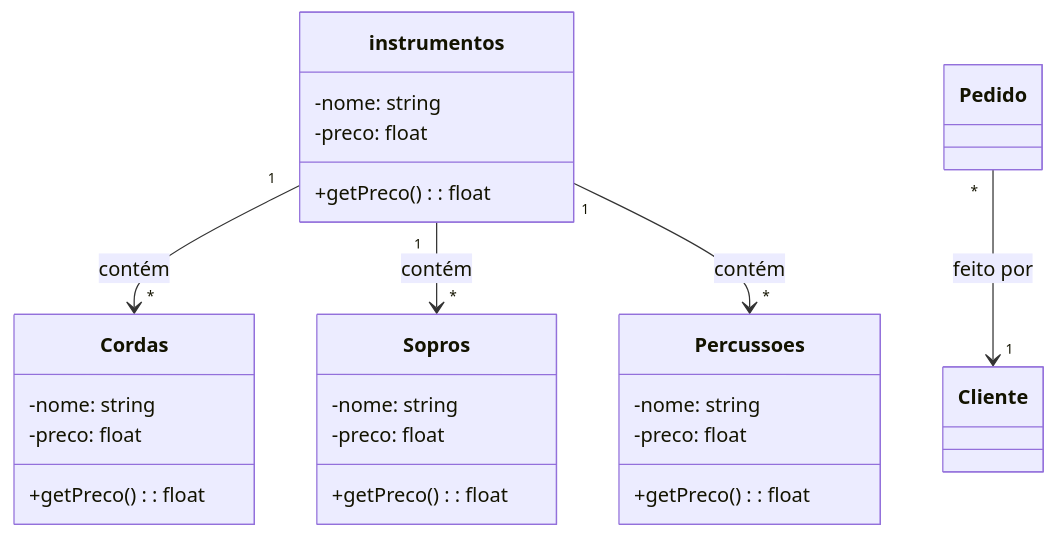
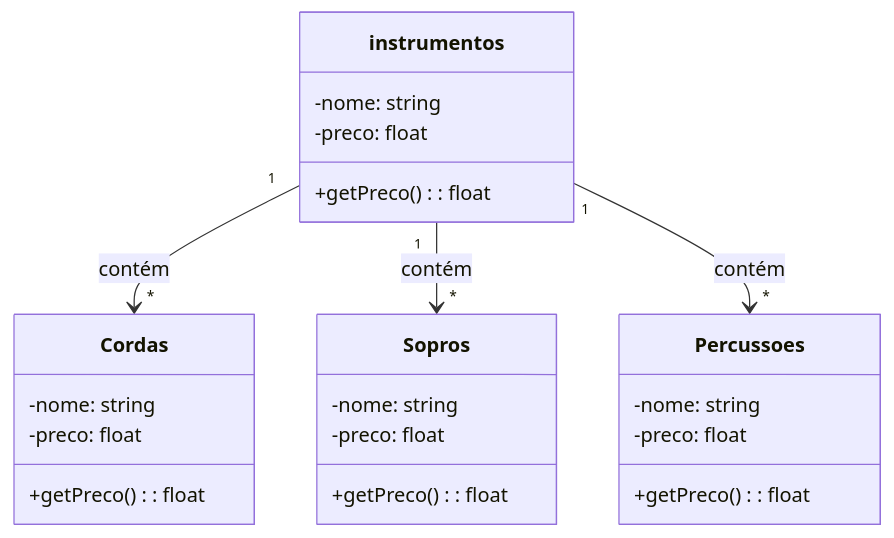
Before and after one commit to LucasGabrielPaes/teste: the diagram in README.md, drawn with Mermaid.

````diff
--- a/README.md
+++ b/README.md
@@ -1,31 +1,30 @@
 ```mermaid
 classDiagram
   class instrumentos {
      -nome: string
     -preco: float
     +getPreco(): float
   }
 
   class Cordas {
    -nome: string
     -preco: float
     +getPreco(): float
 }
 
  class Sopros {
    -nome: string
     -preco: float
     +getPreco(): float
 }
 
  class Percussoes {
    -nome: string
     -preco: float
     +getPreco(): float
 }
 
 instrumentos "1" --> "*" Cordas : contém
 instrumentos "1" --> "*" Sopros : contém
 instrumentos "1" --> "*" Percussoes : contém
-  Pedido "*" --> "1" Cliente : feito por
 ```
````
